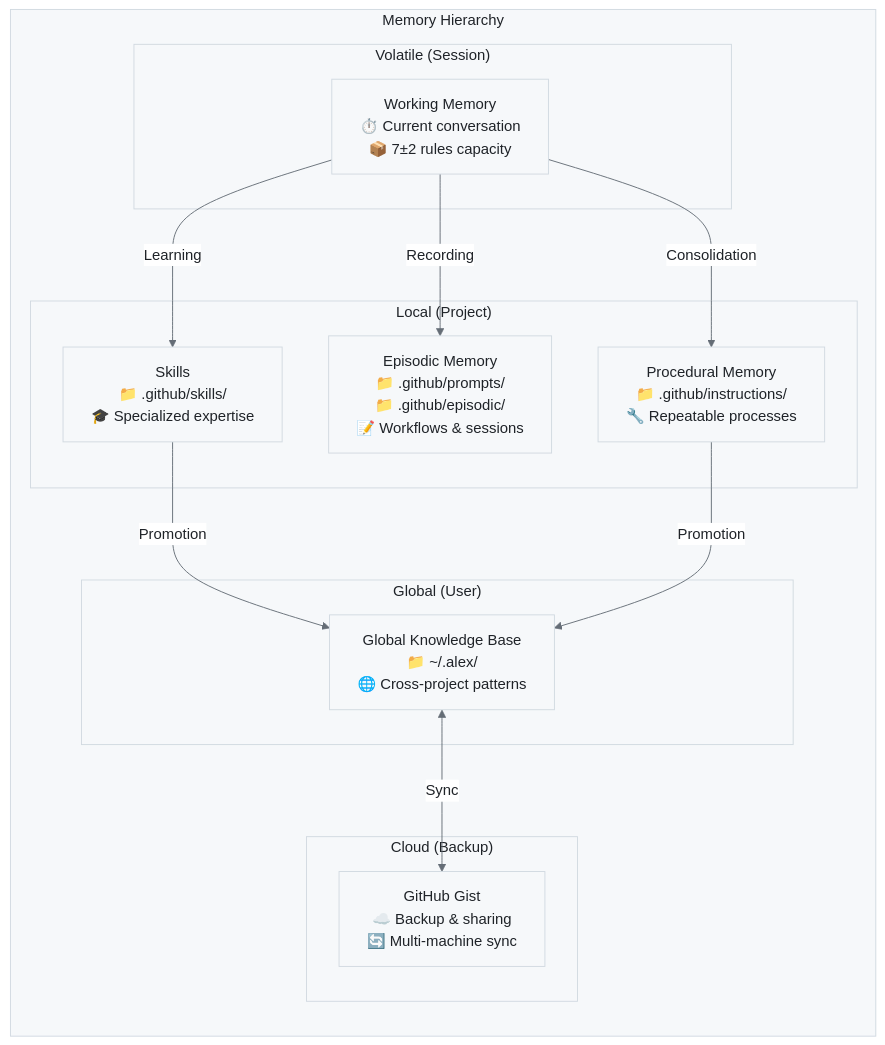
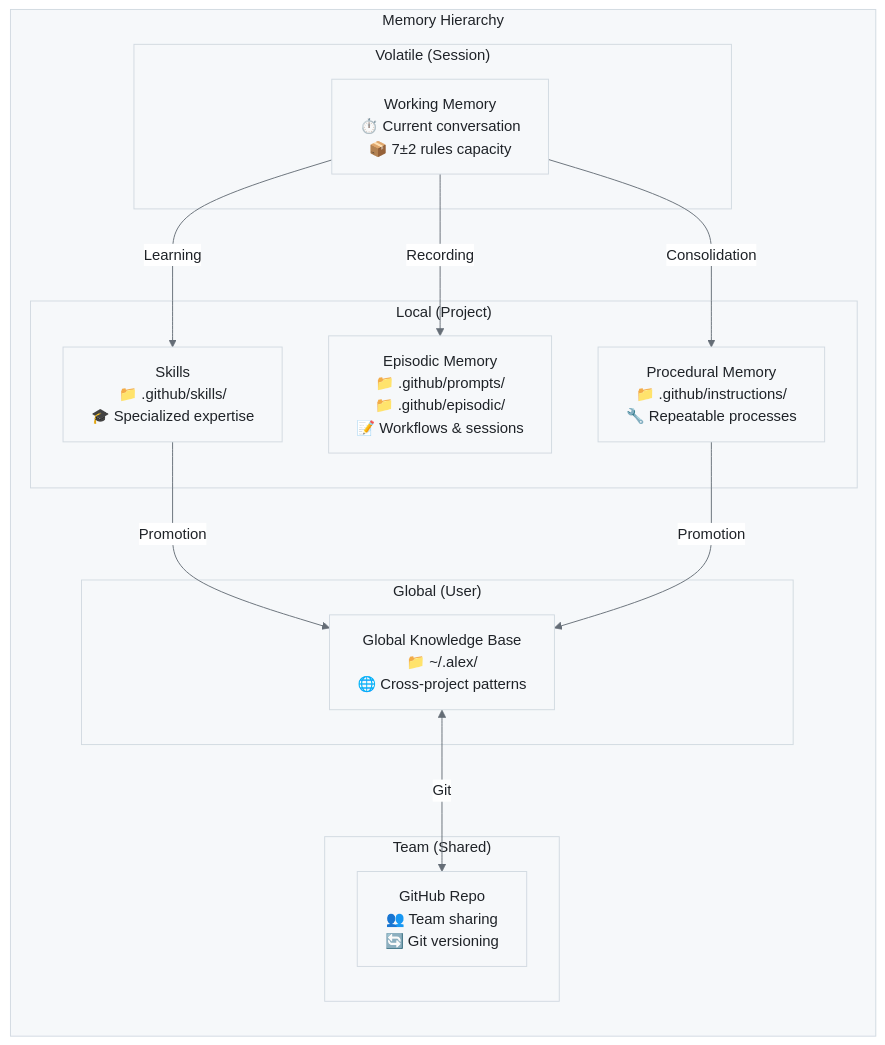
The third of 5 diagrams in platforms/vscode-extension/alex_docs/COGNITIVE-ARCHITECTURE.md (fabioc-aloha/Alex_Plug_In), drawn with Mermaid before and after one commit. The commit also changed other lines of this file and 18 other files, not shown here.

First line of the commit message:
feat: GitHub auth for private repos + owner-only config + larger logo

````diff
--- a/platforms/vscode-extension/alex_docs/COGNITIVE-ARCHITECTURE.md
+++ b/platforms/vscode-extension/alex_docs/COGNITIVE-ARCHITECTURE.md
@@ -128,34 +128,34 @@
 ```mermaid
 %%{init: {'theme': 'base', 'themeVariables': { 'primaryColor': '#f6f8fa', 'primaryTextColor': '#1f2328', 'primaryBorderColor': '#d1d9e0', 'lineColor': '#656d76', 'secondaryColor': '#f6f8fa', 'tertiaryColor': '#ffffff', 'background': '#ffffff', 'mainBkg': '#f6f8fa', 'nodeBorder': '#d1d9e0', 'clusterBkg': '#f6f8fa', 'clusterBorder': '#d1d9e0', 'titleColor': '#1f2328', 'edgeLabelBackground': '#ffffff'}}}%%
 graph TB
     subgraph "Memory Hierarchy"
         direction TB
 
         subgraph "Volatile (Session)"
             WM[Working Memory<br/>⏱️ Current conversation<br/>📦 7±2 rules capacity]
         end
 
         subgraph "Local (Project)"
             PROC[Procedural Memory<br/>📁 .github/instructions/<br/>🔧 Repeatable processes]
             EPIS[Episodic Memory<br/>📁 .github/prompts/<br/>📁 .github/episodic/<br/>📝 Workflows & sessions]
             SKILLS[Skills<br/>📁 .github/skills/<br/>🎓 Specialized expertise]
         end
 
         subgraph "Global (User)"
             GKB[Global Knowledge Base<br/>📁 ~/.alex/<br/>🌐 Cross-project patterns]
         end
 
-        subgraph "Cloud (Backup)"
-            GIST[GitHub Gist<br/>☁️ Backup & sharing<br/>🔄 Multi-machine sync]
+        subgraph "Team (Shared)"
+            REPO[GitHub Repo<br/>👥 Team sharing<br/>🔄 Git versioning]
         end
     end
 
     WM -->|"Consolidation"| PROC
     WM -->|"Recording"| EPIS
     WM -->|"Learning"| SKILLS
 
     SKILLS -->|"Promotion"| GKB
     PROC -->|"Promotion"| GKB
 
-    GKB <-->|"Sync"| GIST
+    GKB <-->|"Git"| REPO
 ```
````
